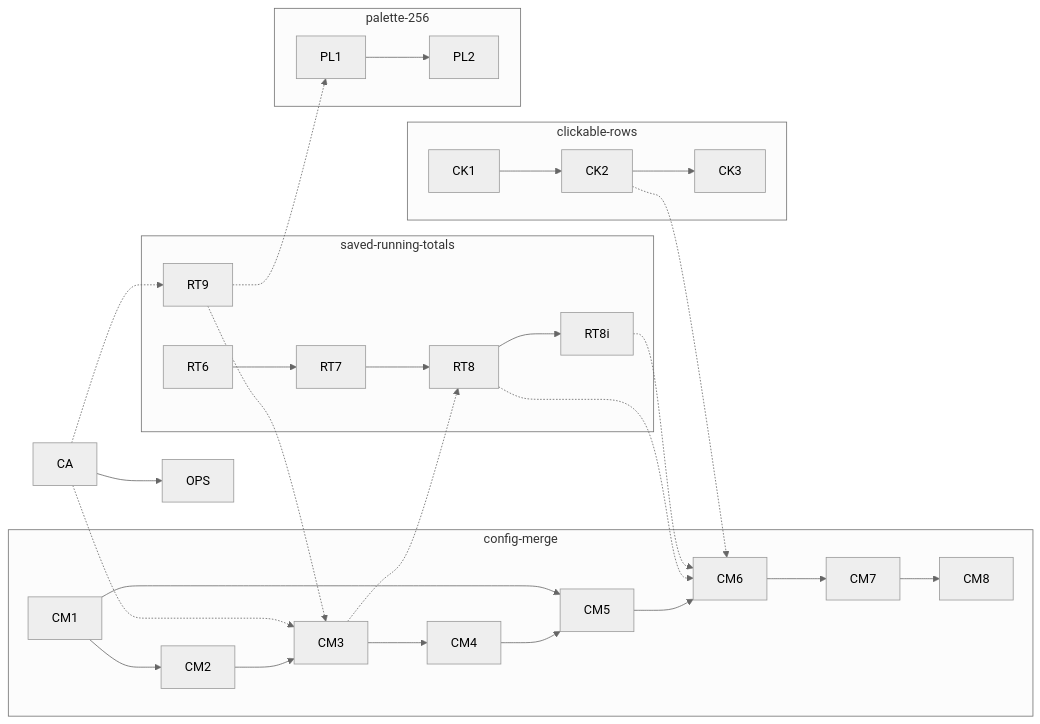
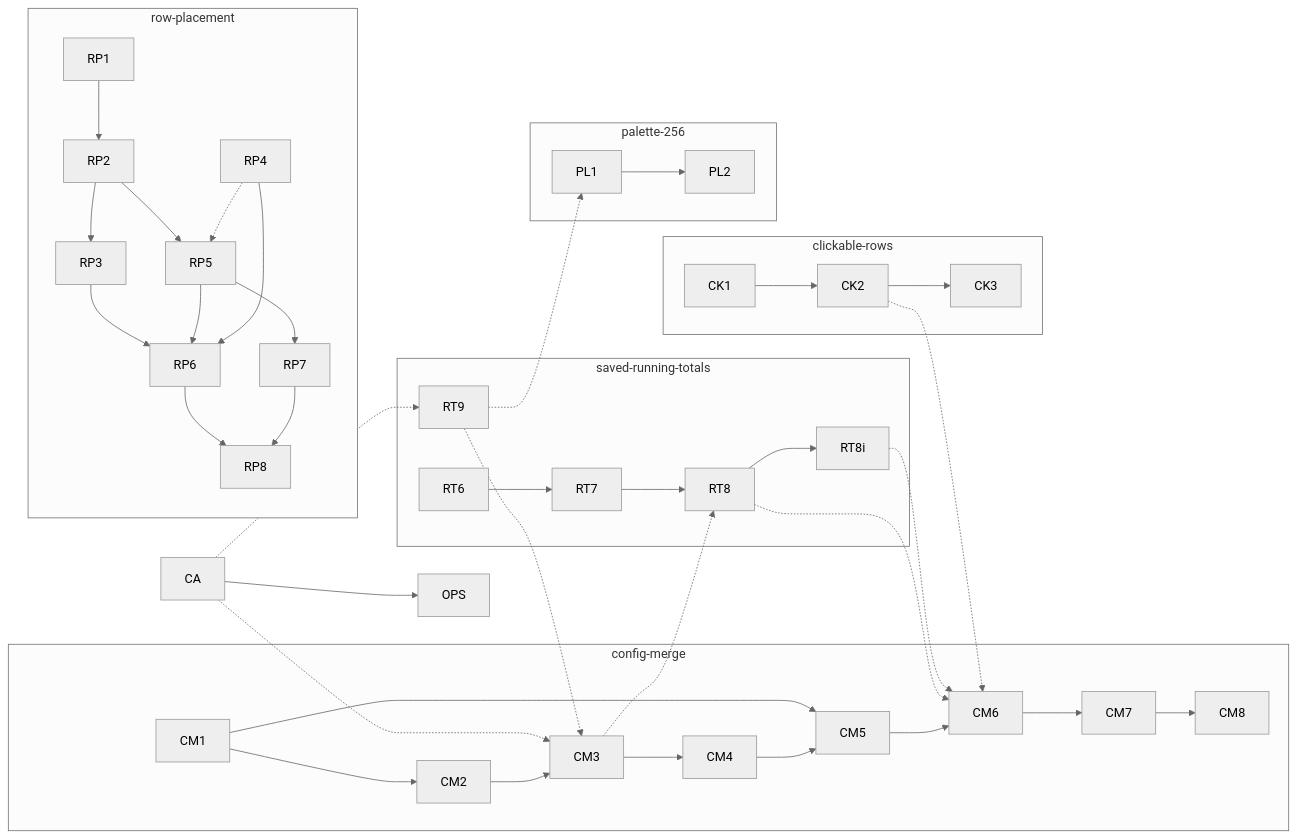
The diagram in agents/plans/_schedule.md (nhooey/claude-code-usage-statusline), drawn with Mermaid (neutral theme) before and after one commit. The commit also changed other lines of this file and 1 other file, not shown here.

First line of the commit message:
Plan per-row placement of the mod's rows

````diff
--- a/agents/plans/_schedule.md
+++ b/agents/plans/_schedule.md
@@ -64,26 +75,35 @@
 ```mermaid
 flowchart LR
   subgraph config-merge
     CM1 --> CM2 --> CM3 --> CM4 --> CM5 --> CM6 --> CM7 --> CM8
     CM1 --> CM5
   end
   subgraph saved-running-totals
     RT6 --> RT7 --> RT8 --> RT8i
     RT9
   end
   CA -.-> CM3
   CA -.-> RT9
   RT9 -.-> CM3
   CM3 -.-> RT8
   RT8 -.-> CM6
   RT8i -.-> CM6
   CA --> OPS
   subgraph clickable-rows
     CK1 --> CK2 --> CK3
   end
   subgraph palette-256
     PL1 --> PL2
   end
   CK2 -.-> CM6
   RT9 -.-> PL1
+  subgraph row-placement
+    RP1 --> RP2 --> RP3 --> RP6
+    RP2 --> RP5 --> RP6
+    RP4 --> RP6
+    RP5 --> RP7
+    RP6 --> RP8
+    RP7 --> RP8
+  end
+  RP4 -.-> RP5
 ```
````
